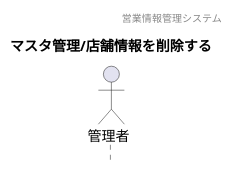
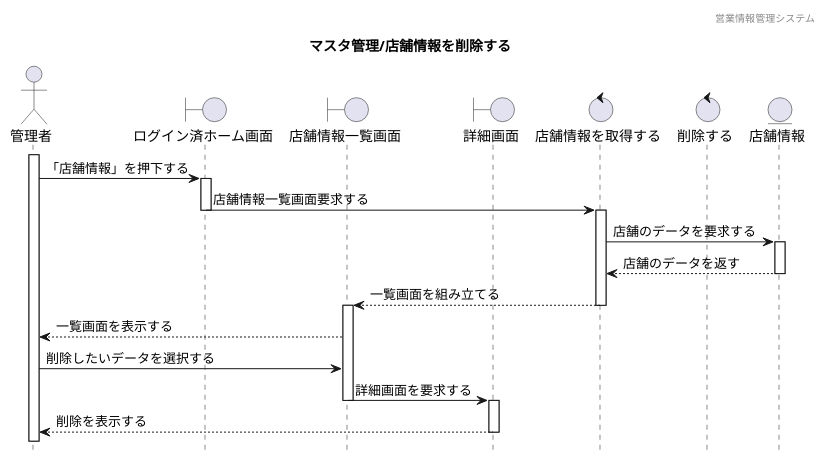
The diagram in 各種設計書/4シーケンス図/マスタ管理/2.店舗情報マスタ/店舗情報管理_削除.wsd (HaruShim/Sotuken), drawn with PlantUML before and after one commit. The commit also changed 4 other files, not shown here.

```diff
--- a/各種設計書/4シーケンス図/マスタ管理/2.店舗情報マスタ/店舗情報管理_削除.wsd
+++ b/各種設計書/4シーケンス図/マスタ管理/2.店舗情報マスタ/店舗情報管理_削除.wsd
@@ -1,15 +1,45 @@
 @startuml sequence
 
 hide footbox
 header 営業情報管理システム
 title マスタ管理/店舗情報を削除する
 
 ' actor "" as 
 actor "管理者" as a1 
 ' boundary "" as 
+boundary "ログイン済ホーム画面" as b1
+boundary "店舗情報一覧画面" as b2
+boundary "詳細画面" as b3
+' control "" as 
+control "店舗情報を取得する" as c1
+control "削除する" as c2
+' entity "" as
+entity "店舗情報" as e1
 
-' control "" as 
+activate a1
+a1 -> b1 : 「店舗情報」を押下する
 
-' entity "" as
+activate b1
+b1 -> c1 :店舗情報一覧画面要求する
+deactivate b1
+
+activate c1
+c1 -> e1 :店舗のデータを要求する
+activate e1
+e1 --> c1 :店舗のデータを返す
+deactivate e1
+c1 --> b2 : 一覧画面を組み立てる
+deactivate c1
+
+activate b2
+b2 --> a1 :一覧画面を表示する
+a1 -> b2 :削除したいデータを選択する
+b2 -> b3 :詳細画面を要求する
+deactivate b2
+
+activate b3
+b3 --> a1 :削除を表示する
+deactivate b3
+
 
 @enduml
```
